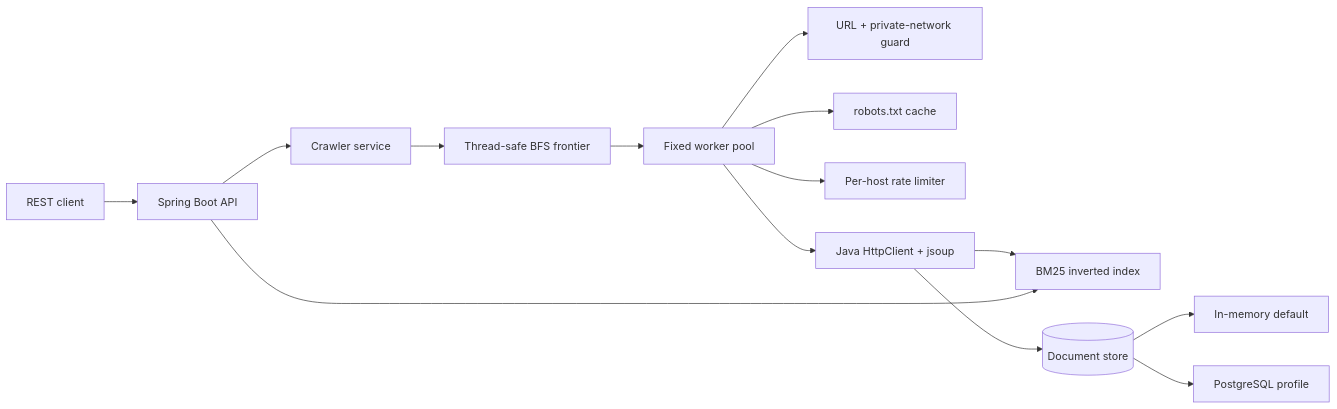
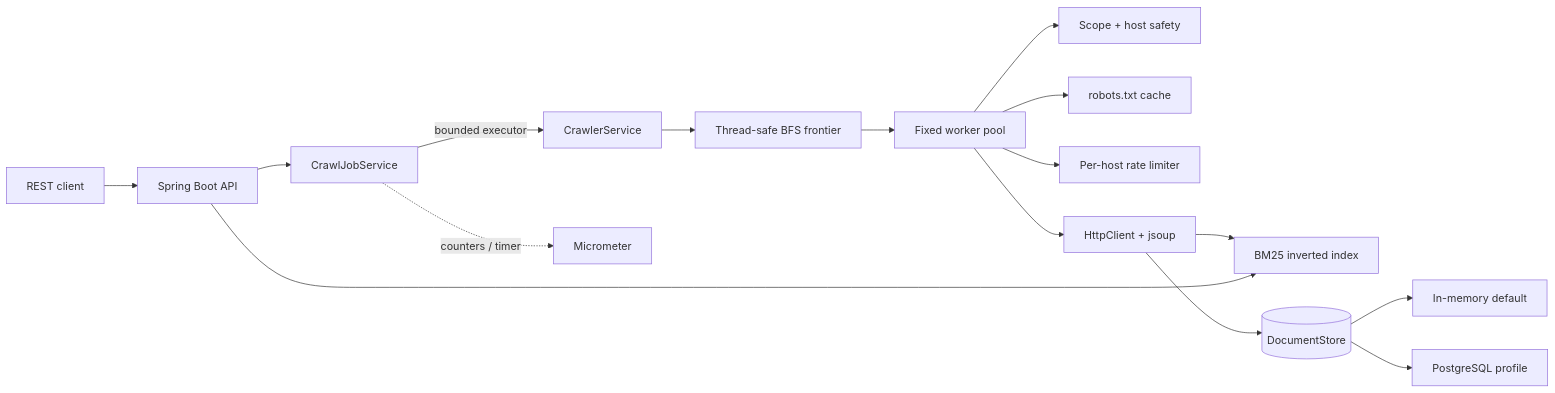
Before and after one commit to brohum10/concurrent-web-crawler: the first of 2 diagrams in docs/architecture.md, drawn with Mermaid. The commit also changed other lines of this file and 29 other files, not shown here.

Commit message:
feat: add production-grade crawl jobs and observability

````diff
--- a/docs/architecture.md
+++ b/docs/architecture.md
@@ -5,16 +5,18 @@
 ```mermaid
 flowchart LR
     Client[REST client] --> API[Spring Boot API]
-    API --> Crawl[Crawler service]
+    API --> Jobs[CrawlJobService]
+    Jobs -->|bounded executor| Crawl[CrawlerService]
     Crawl --> Frontier[Thread-safe BFS frontier]
     Frontier --> Workers[Fixed worker pool]
-    Workers --> Safety[URL + private-network guard]
+    Workers --> Safety[Scope + host safety]
     Workers --> Robots[robots.txt cache]
     Workers --> Limit[Per-host rate limiter]
-    Workers --> Fetch[Java HttpClient + jsoup]
+    Workers --> Fetch[HttpClient + jsoup]
     Fetch --> Search[BM25 inverted index]
-    Fetch --> Store[(Document store)]
+    Fetch --> Store[(DocumentStore)]
     Store --> Memory[In-memory default]
     Store --> Postgres[PostgreSQL profile]
     API --> Search
+    Jobs -. counters / timer .-> Metrics[Micrometer]
 ```
````
